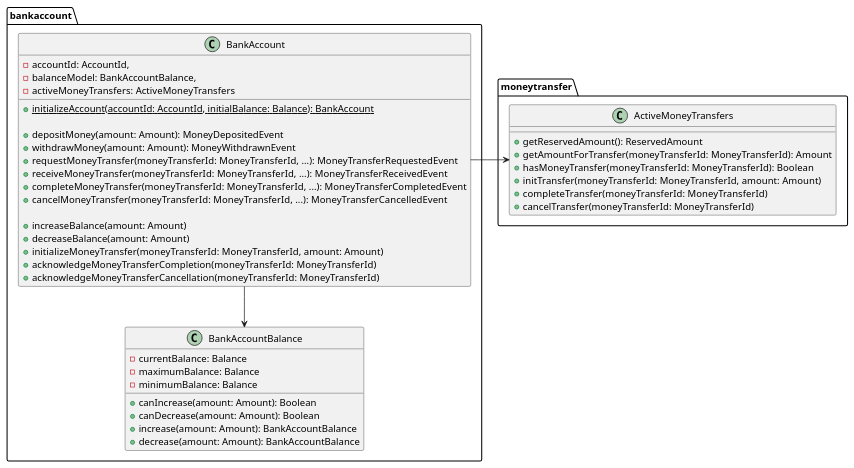
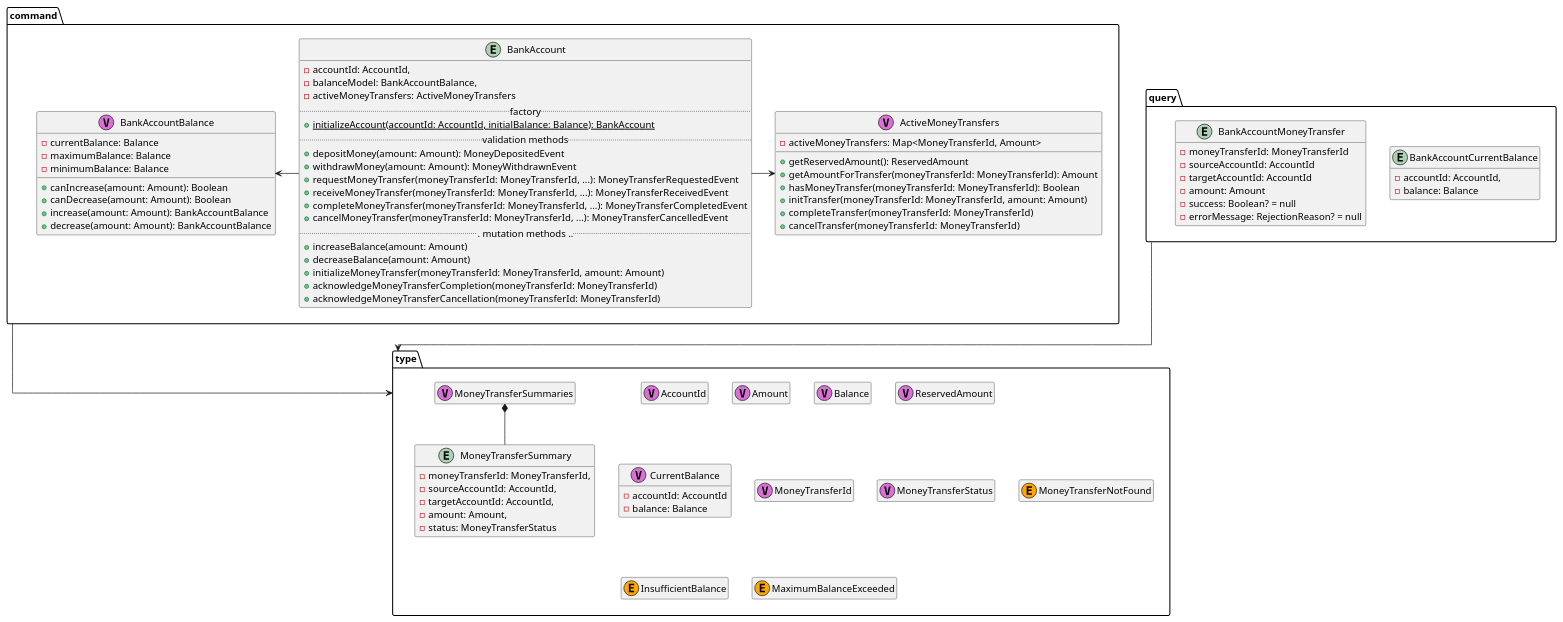
One commit to xmolecules/jmolecules-examples changed the diagram in jmolecules-axon/03-onion-axon-cqrs-es-bank/documentation/context-mapper/class.plantuml. Above: the diagram before and after it, drawn with PlantUML. The commit also changed 2 other files, not shown here.

Commit message:
new diagrams

```diff
--- a/jmolecules-axon/03-onion-axon-cqrs-es-bank/documentation/context-mapper/class.plantuml
+++ b/jmolecules-axon/03-onion-axon-cqrs-es-bank/documentation/context-mapper/class.plantuml
@@ -1,53 +1,118 @@
 @startuml
 
-package bankaccount {
+top to bottom direction
+skinparam linetype ortho
 
-class BankAccount {
-    - accountId: AccountId,
-    - balanceModel: BankAccountBalance,
-    - activeMoneyTransfers: ActiveMoneyTransfers
-    + {static} initializeAccount(accountId: AccountId, initialBalance: Balance): BankAccount
+package command {
 
-    + depositMoney(amount: Amount): MoneyDepositedEvent
-    + withdrawMoney(amount: Amount): MoneyWithdrawnEvent
-    + requestMoneyTransfer(moneyTransferId: MoneyTransferId, ...): MoneyTransferRequestedEvent
-    + receiveMoneyTransfer(moneyTransferId: MoneyTransferId, ...): MoneyTransferReceivedEvent
-    + completeMoneyTransfer(moneyTransferId: MoneyTransferId, ...): MoneyTransferCompletedEvent
-    + cancelMoneyTransfer(moneyTransferId: MoneyTransferId, ...): MoneyTransferCancelledEvent
+    entity BankAccount {
+        - accountId: AccountId,
+        - balanceModel: BankAccountBalance,
+        - activeMoneyTransfers: ActiveMoneyTransfers
+    .. factory ..
+        + {static} initializeAccount(accountId: AccountId, initialBalance: Balance): BankAccount
+    .. validation methods ..
+        + depositMoney(amount: Amount): MoneyDepositedEvent
+        + withdrawMoney(amount: Amount): MoneyWithdrawnEvent
+        + requestMoneyTransfer(moneyTransferId: MoneyTransferId, ...): MoneyTransferRequestedEvent
+        + receiveMoneyTransfer(moneyTransferId: MoneyTransferId, ...): MoneyTransferReceivedEvent
+        + completeMoneyTransfer(moneyTransferId: MoneyTransferId, ...): MoneyTransferCompletedEvent
+        + cancelMoneyTransfer(moneyTransferId: MoneyTransferId, ...): MoneyTransferCancelledEvent
+    ... mutation methods ....
+        + increaseBalance(amount: Amount)
+        + decreaseBalance(amount: Amount)
+        + initializeMoneyTransfer(moneyTransferId: MoneyTransferId, amount: Amount)
+        + acknowledgeMoneyTransferCompletion(moneyTransferId: MoneyTransferId)
+        + acknowledgeMoneyTransferCancellation(moneyTransferId: MoneyTransferId)
+    }
 
-    + increaseBalance(amount: Amount)
-    + decreaseBalance(amount: Amount)
-    + initializeMoneyTransfer(moneyTransferId: MoneyTransferId, amount: Amount)
-    + acknowledgeMoneyTransferCompletion(moneyTransferId: MoneyTransferId)
-    + acknowledgeMoneyTransferCancellation(moneyTransferId: MoneyTransferId)
+    class BankAccountBalance <<(V,orchid)>> {
+        - currentBalance: Balance
+        - maximumBalance: Balance
+        - minimumBalance: Balance
+        + canIncrease(amount: Amount): Boolean
+        + canDecrease(amount: Amount): Boolean
+        + increase(amount: Amount): BankAccountBalance
+        + decrease(amount: Amount): BankAccountBalance
+    }
+
+    class ActiveMoneyTransfers <<(V,orchid)>> {
+        - activeMoneyTransfers: Map<MoneyTransferId, Amount>
+        + getReservedAmount(): ReservedAmount
+        + getAmountForTransfer(moneyTransferId: MoneyTransferId): Amount
+        + hasMoneyTransfer(moneyTransferId: MoneyTransferId): Boolean
+        + initTransfer(moneyTransferId: MoneyTransferId, amount: Amount)
+        + completeTransfer(moneyTransferId: MoneyTransferId)
+        + cancelTransfer(moneyTransferId: MoneyTransferId)
+    }
 }
 
-class BankAccountBalance {
-    - currentBalance: Balance
-    - maximumBalance: Balance
-    - minimumBalance: Balance
-    + canIncrease(amount: Amount): Boolean
-    + canDecrease(amount: Amount): Boolean
-    + increase(amount: Amount): BankAccountBalance
-    + decrease(amount: Amount): BankAccountBalance
-}
-}
+package query {
+    entity BankAccountCurrentBalance {
+      - accountId: AccountId,
+      - balance: Balance
+    }
 
-package moneytransfer {
-
-class ActiveMoneyTransfers {
-    + getReservedAmount(): ReservedAmount
-    + getAmountForTransfer(moneyTransferId: MoneyTransferId): Amount
-    + hasMoneyTransfer(moneyTransferId: MoneyTransferId): Boolean
-    + initTransfer(moneyTransferId: MoneyTransferId, amount: Amount)
-    + completeTransfer(moneyTransferId: MoneyTransferId)
-    + cancelTransfer(moneyTransferId: MoneyTransferId)
-}
+    entity BankAccountMoneyTransfer {
+      - moneyTransferId: MoneyTransferId
+      - sourceAccountId: AccountId
+      - targetAccountId: AccountId
+      - amount: Amount
+      - success: Boolean? = null
+      - errorMessage: RejectionReason? = null
+    }
 
 }
 
+package type {
+    class AccountId <<(V,orchid)>>
+    class Amount <<(V,orchid)>>
+    class Balance <<(V,orchid)>>
+    class ReservedAmount <<(V,orchid)>>
+    class CurrentBalance <<(V,orchid)>> {
+        - accountId: AccountId
+        - balance: Balance
+    }
+    class MoneyTransferId <<(V,orchid)>>
+    class MoneyTransferStatus <<(V,orchid)>>
+    class MoneyTransferSummaries <<(V,orchid)>>
 
-BankAccount -r-> ActiveMoneyTransfers
-BankAccount --> BankAccountBalance
+    entity MoneyTransferSummary {
+      - moneyTransferId: MoneyTransferId,
+      - sourceAccountId: AccountId,
+      - targetAccountId: AccountId,
+      - amount: Amount,
+      - status: MoneyTransferStatus
+    }
+
+    class MoneyTransferNotFound <<(E,orange)>>
+    class InsufficientBalance <<(E,orange)>>
+    class MaximumBalanceExceeded <<(E,orange)>>
+}
+
+MoneyTransferSummaries *-d- MoneyTransferSummary
+BankAccount -r> ActiveMoneyTransfers
+BankAccount -l> BankAccountBalance
+command -d-> type
+query -d-> type
+
+
+hide members
+show BankAccount members
+show BankAccount methods
+
+show BankAccountBalance members
+show ActiveMoneyTransfers members
+
+show MoneyTransferSummary members
+hide MoneyTransferSummary methods
+
+show CurrentBalance members
+hide CurrentBalance methods
+
+show BankAccountMoneyTransfer members
+hide BankAccountMoneyTransfer methods
+show BankAccountCurrentBalance members
+hide BankAccountCurrentBalance methods
 
 @enduml
```
